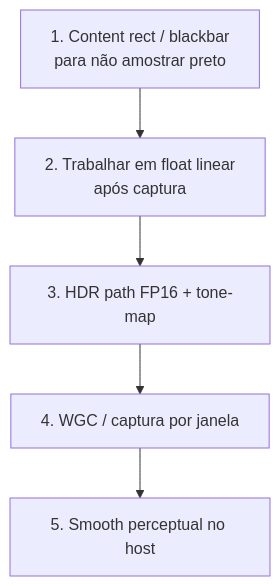
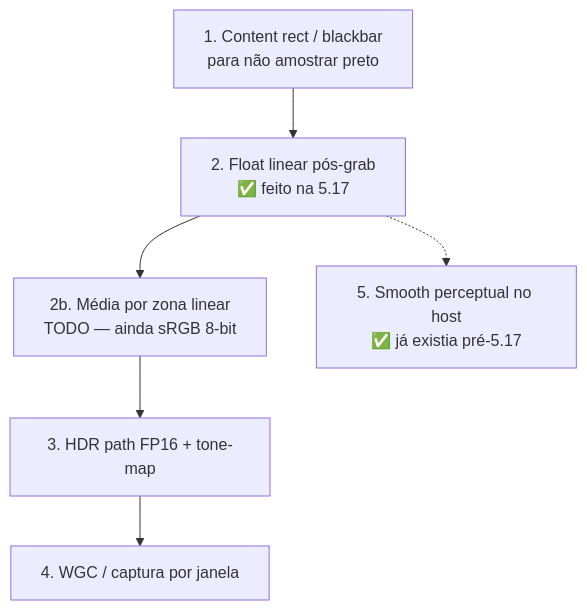
Before and after one commit to locasmendes/Lightpack: the second of 2 diagrams in docs/captacao-cor-ainda-moderna.md, drawn with Mermaid. The commit also changed other lines of this file and 4 other files, not shown here.

````diff
--- a/docs/captacao-cor-ainda-moderna.md
+++ b/docs/captacao-cor-ainda-moderna.md
@@ -215,7 +223,8 @@
 ```mermaid
 flowchart TB
-    A[1. Content rect / blackbar<br/>para não amostrar preto] --> B[2. Trabalhar em float linear<br/>após captura]
-    B --> C[3. HDR path FP16 + tone-map]
+    A[1. Content rect / blackbar<br/>para não amostrar preto] --> Bdone[2. Float linear pós-grab<br/>✅ feito na 5.17]
+    Bdone --> Brem[2b. Média por zona linear<br/>TODO — ainda sRGB 8-bit]
+    Brem --> C[3. HDR path FP16 + tone-map]
     C --> D[4. WGC / captura por janela]
-    D --> E[5. Smooth perceptual no host]
+    Bdone -.-> Edone[5. Smooth perceptual no host<br/>✅ já existia pré-5.17]
 ```
````
